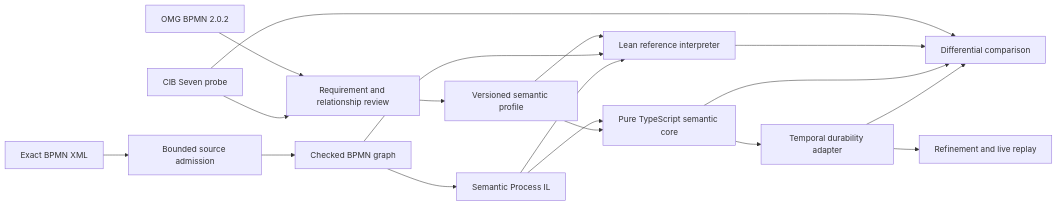
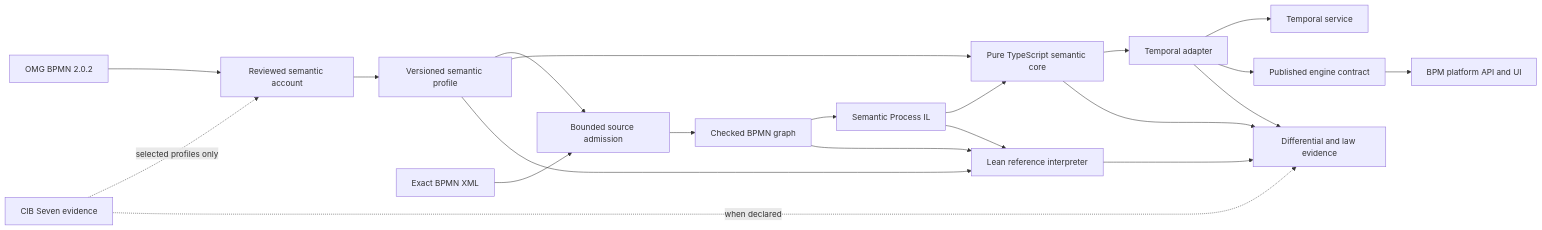
One commit to mbackschat/bpmn-lean-experiment changed the first of 2 diagrams in README.md. Above: the diagram before and after it, drawn with Mermaid. The commit also changed other lines of this file and 10 other files, not shown here.

````diff
--- a/README.md
+++ b/README.md
@@ -67,22 +32,25 @@
 ```mermaid
 flowchart LR
-  BPMN[OMG BPMN 2.0.2] --> Review[Requirement and relationship review]
-  CIB[CIB Seven probe] --> Review
-  Review --> Profile[Versioned semantic profile]
-  Profile --> Lean[Lean reference interpreter]
+  BPMN[OMG BPMN 2.0.2] --> Account[Reviewed semantic account]
+  CIB[CIB Seven evidence] -. selected profiles only .-> Account
+  Account --> Profile[Versioned semantic profile]
 
-  XML[Exact BPMN XML] --> Import[Bounded source admission]
-  Import --> Checked[Checked BPMN graph]
+  XML[Exact BPMN XML] --> Source[Bounded source admission]
+  Profile --> Source
+  Source --> Checked[Checked BPMN graph]
   Checked --> IL[Semantic Process IL]
   IL --> Core[Pure TypeScript semantic core]
-  Checked --> Lean
+  Profile --> Core
+  Core --> Adapter[Temporal adapter]
+  Adapter --> Temporal[Temporal service]
+  Adapter --> API[Published engine contract]
+  API --> Platform[BPM platform API and UI]
+
+  Checked --> Lean[Lean reference interpreter]
   IL --> Lean
-  Profile --> Core
-  Core --> Temporal[Temporal durability adapter]
-
-  CIB --> Diff[Differential comparison]
-  Lean --> Diff
-  Core --> Diff
-  Temporal --> Diff
-  Temporal --> Replay[Refinement and live replay]
+  Profile --> Lean
+  Lean --> Evidence[Differential and law evidence]
+  Core --> Evidence
+  Adapter --> Evidence
+  CIB -. when declared .-> Evidence
 ```
````
